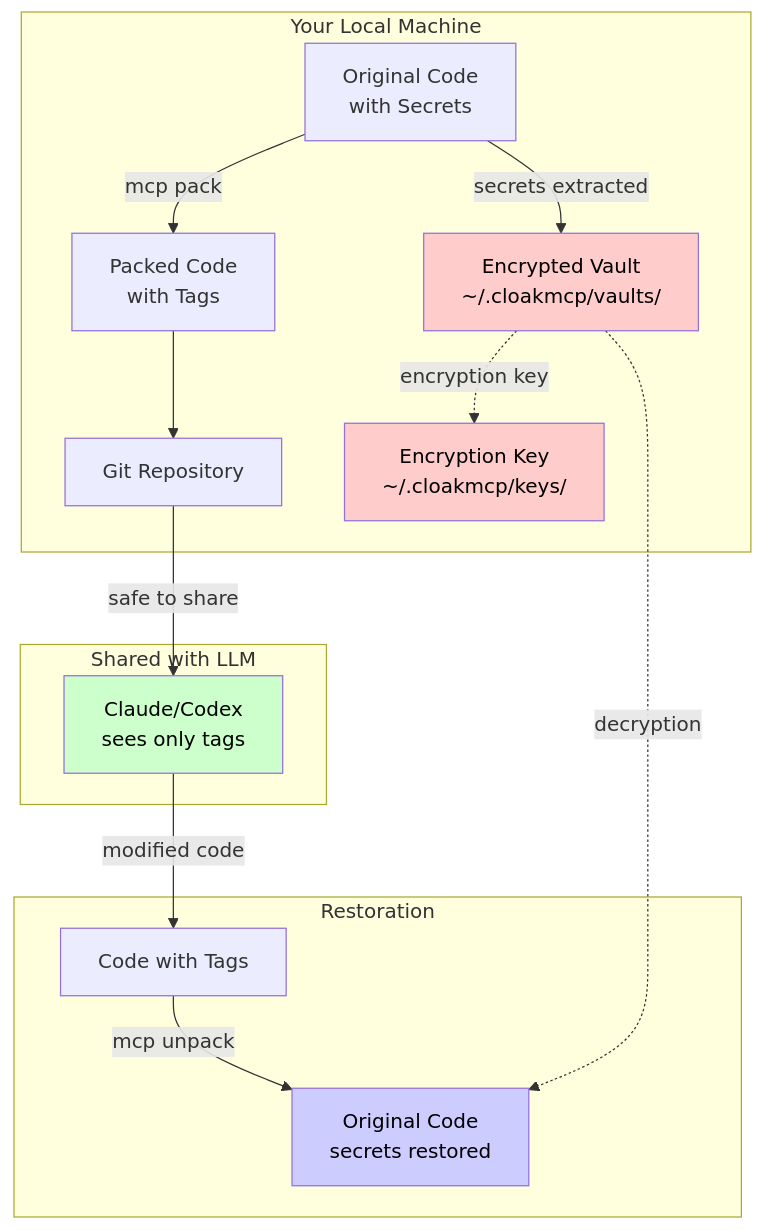
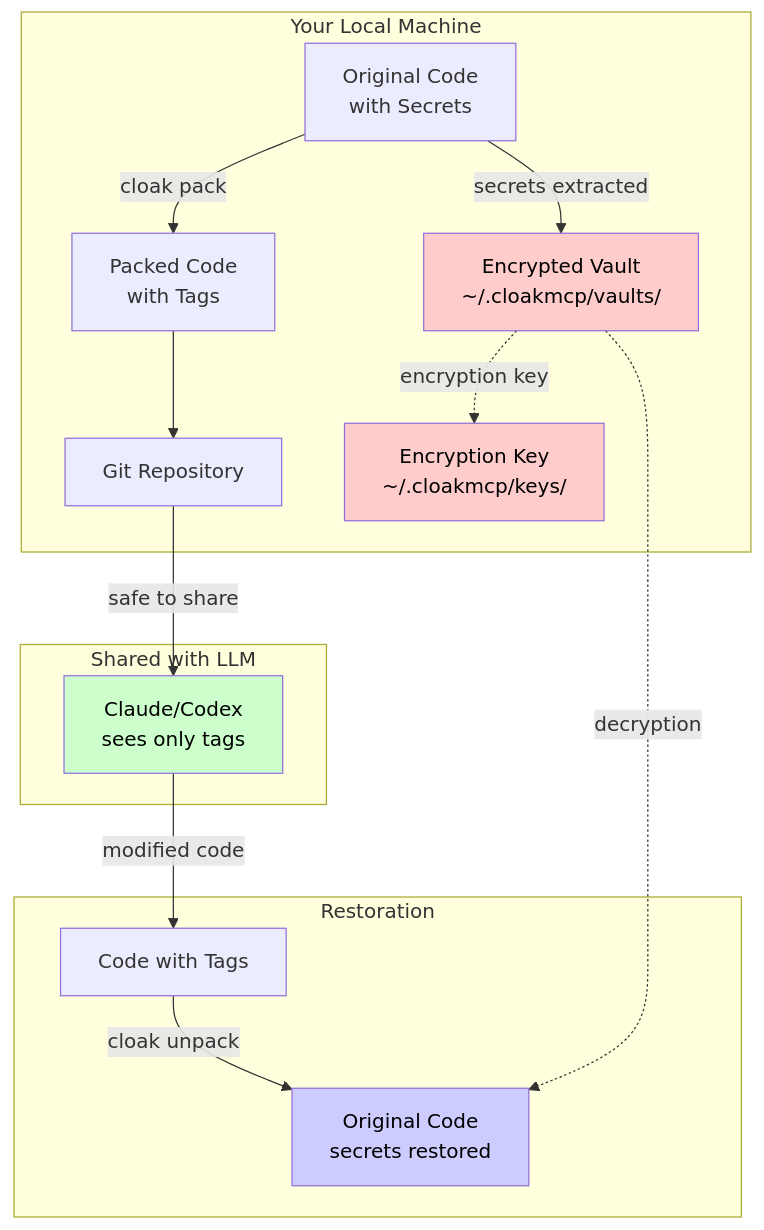
Before and after one commit to ovitrac/CloakMCP: the first of 6 diagrams in README.md, drawn with Mermaid. The commit also changed other lines of this file and 25 other files, not shown here.

````diff
--- a/README.md
+++ b/README.md
@@ -147,24 +147,24 @@
 ```mermaid
 graph TB
     subgraph "Your Local Machine"
-        A[Original Code<br/>with Secrets] -->|mcp pack| B[Packed Code<br/>with Tags]
+        A[Original Code<br/>with Secrets] -->|cloak pack| B[Packed Code<br/>with Tags]
         B --> C[Git Repository]
         A -->|secrets extracted| D[Encrypted Vault<br/>~/.cloakmcp/vaults/]
         D -.encryption key.-> E[Encryption Key<br/>~/.cloakmcp/keys/]
     end
 
     subgraph "Shared with LLM"
         C -->|safe to share| F[Claude/Codex<br/>sees only tags]
     end
 
     subgraph "Restoration"
         F -->|modified code| G[Code with Tags]
-        G -->|mcp unpack| H[Original Code<br/>secrets restored]
+        G -->|cloak unpack| H[Original Code<br/>secrets restored]
         D -.decryption.-> H
     end
 
     style D fill:#ffcccc, color:#000000
     style E fill:#ffcccc, color:#000000
     style F fill:#ccffcc, color:#000000
     style H fill:#ccccff, color:#000000
 ```
````
